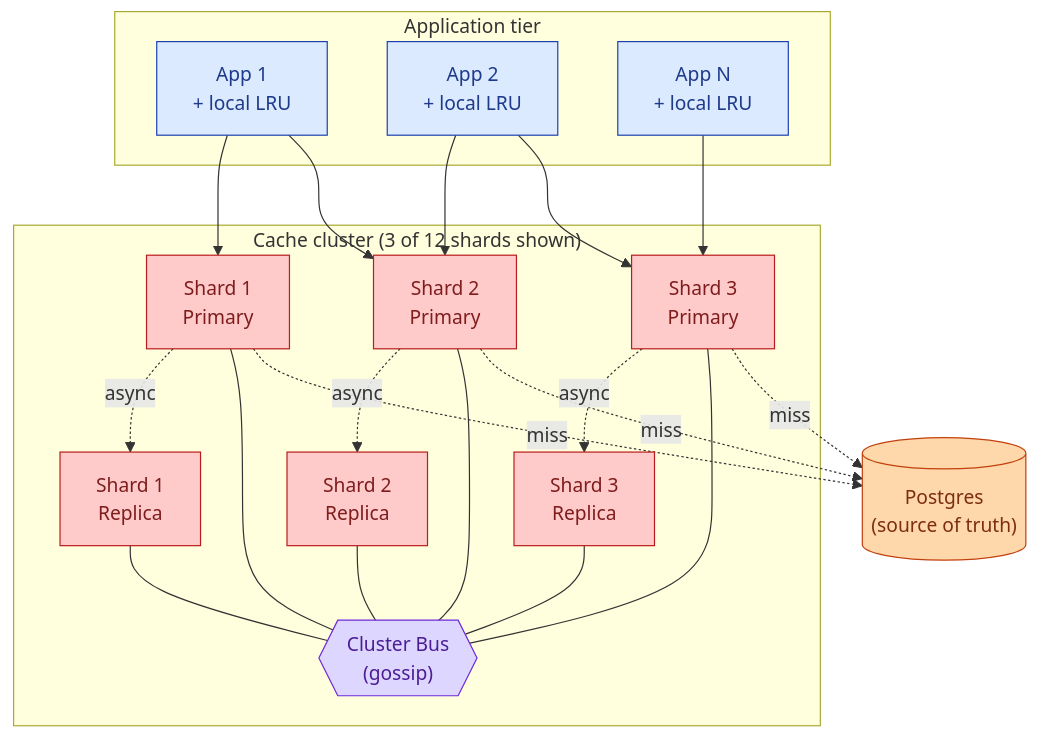
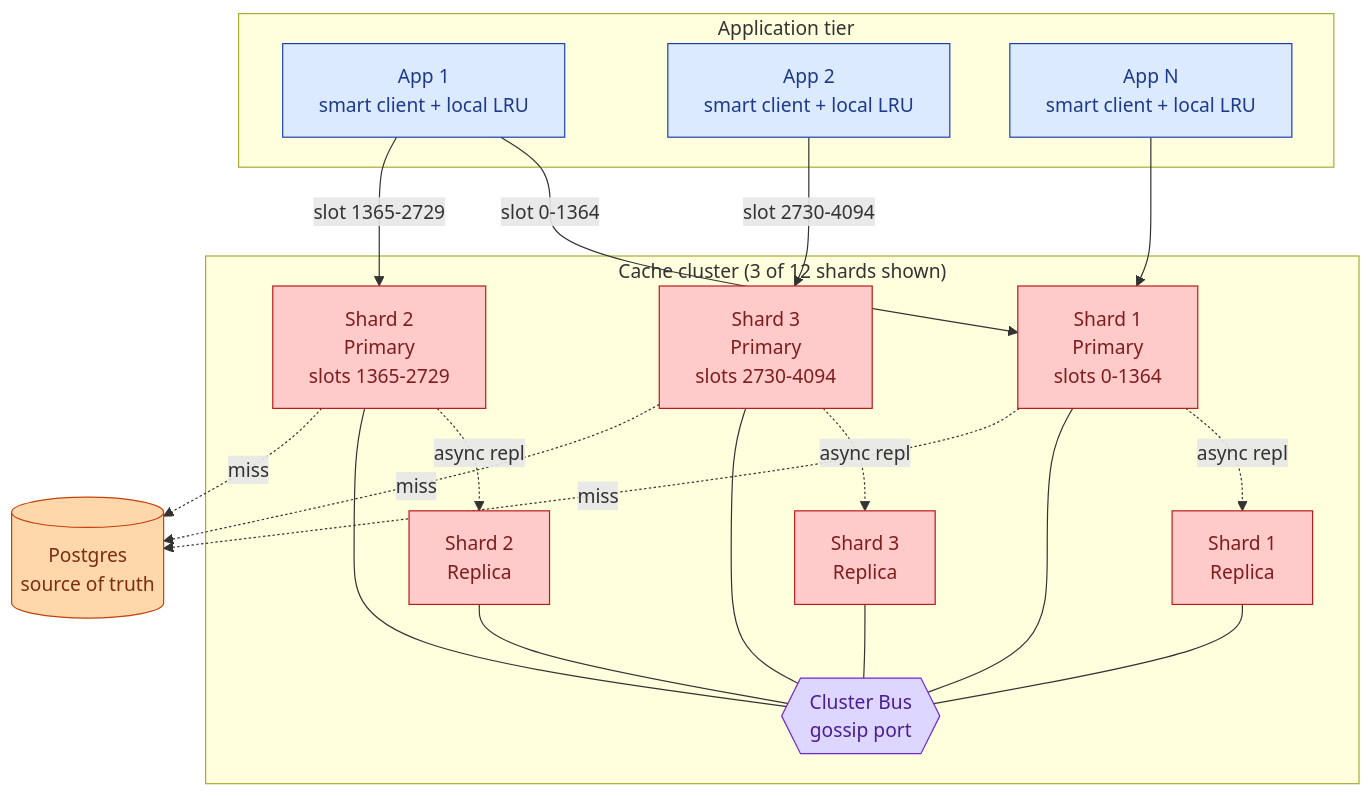
One commit to shiningflash/system-design changed the ninth of 11 diagrams in problems/009-distributed-cache/question.md. Above: the diagram before and after it, drawn with Mermaid. The commit also changed other lines of this file and 37 other files, not shown here.

````diff
--- a/problems/009-distributed-cache/question.md
+++ b/problems/009-distributed-cache/question.md
@@ -240,43 +307,42 @@
 ```mermaid
 flowchart TB
     subgraph AppTier["Application tier"]
-        A1["App 1<br/>+ local LRU"]:::user
-        A2["App 2<br/>+ local LRU"]:::user
-        AN["App N<br/>+ local LRU"]:::user
+        A1["App 1<br/>smart client + local LRU"]:::user
+        A2["App 2<br/>smart client + local LRU"]:::user
+        AN["App N<br/>smart client + local LRU"]:::user
     end
 
     subgraph Cluster["Cache cluster (3 of 12 shards shown)"]
-        S1P["Shard 1<br/>Primary"]:::cache
+        S1P["Shard 1<br/>Primary<br/>slots 0-1364"]:::cache
         S1R["Shard 1<br/>Replica"]:::cache
-        S2P["Shard 2<br/>Primary"]:::cache
+        S2P["Shard 2<br/>Primary<br/>slots 1365-2729"]:::cache
         S2R["Shard 2<br/>Replica"]:::cache
-        S3P["Shard 3<br/>Primary"]:::cache
+        S3P["Shard 3<br/>Primary<br/>slots 2730-4094"]:::cache
         S3R["Shard 3<br/>Replica"]:::cache
-        Gossip{{"Cluster Bus<br/>(gossip)"}}:::queue
-        S1P -.async.-> S1R
-        S2P -.async.-> S2R
-        S3P -.async.-> S3R
-        S1P --- Gossip
-        S2P --- Gossip
-        S3P --- Gossip
-        S1R --- Gossip
-        S2R --- Gossip
-        S3R --- Gossip
+        Bus{{"Cluster Bus<br/>gossip port"}}:::queue
+        S1P -.async repl.-> S1R
+        S2P -.async repl.-> S2R
+        S3P -.async repl.-> S3R
+        S1P --- Bus
+        S2P --- Bus
+        S3P --- Bus
+        S1R --- Bus
+        S2R --- Bus
+        S3R --- Bus
     end
 
-    DB[("Postgres<br/>(source of truth)")]:::db
+    DB[("Postgres<br/>source of truth")]:::db
 
-    A1 --> S1P
-    A1 --> S2P
-    A2 --> S2P
-    A2 --> S3P
-    AN --> S3P
+    A1 -->|"slot 0-1364"| S1P
+    A1 -->|"slot 1365-2729"| S2P
+    A2 -->|"slot 2730-4094"| S3P
+    AN --> S1P
     S1P -.miss.-> DB
     S2P -.miss.-> DB
     S3P -.miss.-> DB
 
     classDef user fill:#dbeafe,stroke:#1e40af,color:#1e3a8a
     classDef cache fill:#fecaca,stroke:#b91c1c,color:#7f1d1d
     classDef db fill:#fed7aa,stroke:#c2410c,color:#7c2d12
     classDef queue fill:#ddd6fe,stroke:#6d28d9,color:#4c1d95
 ```
````
